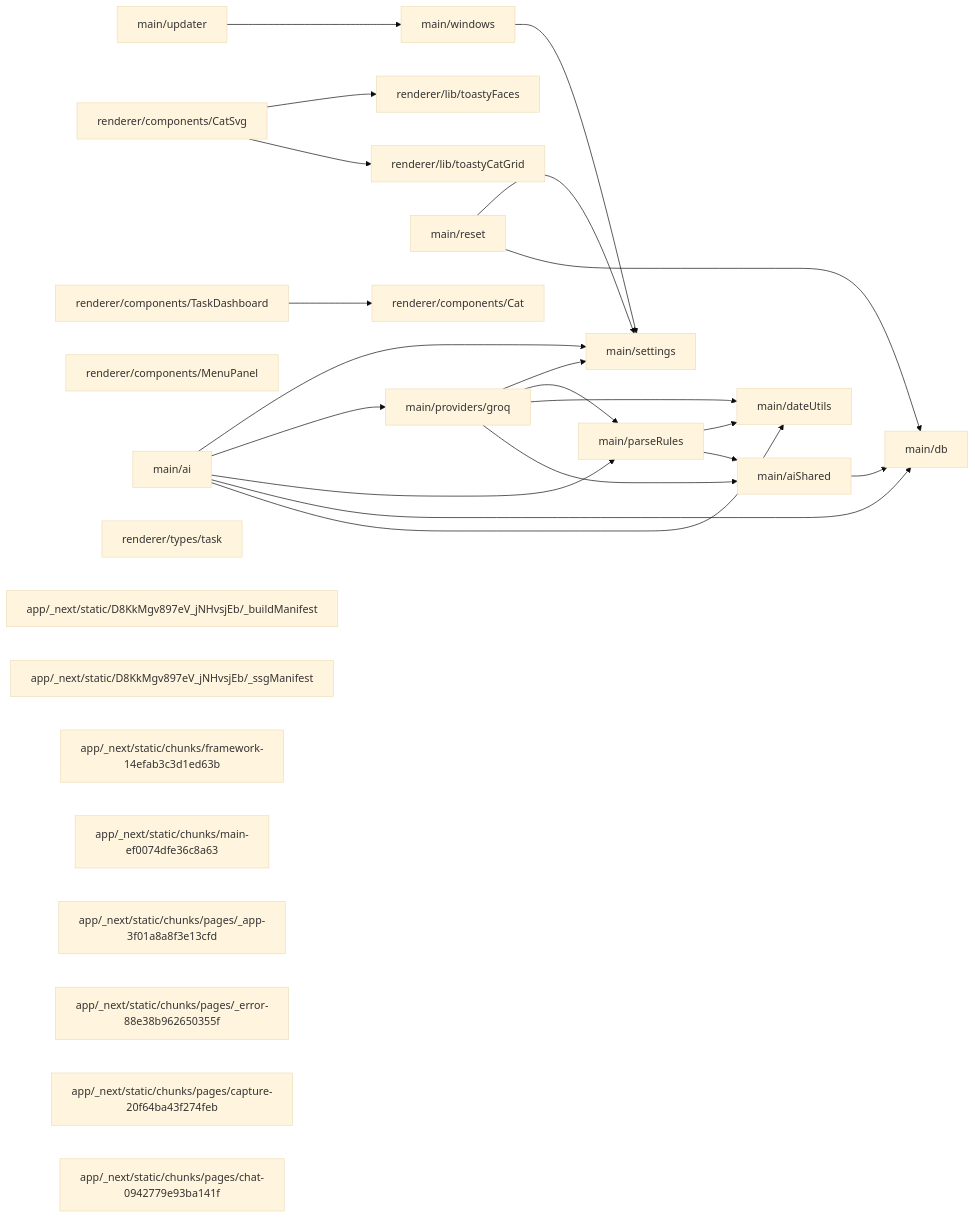
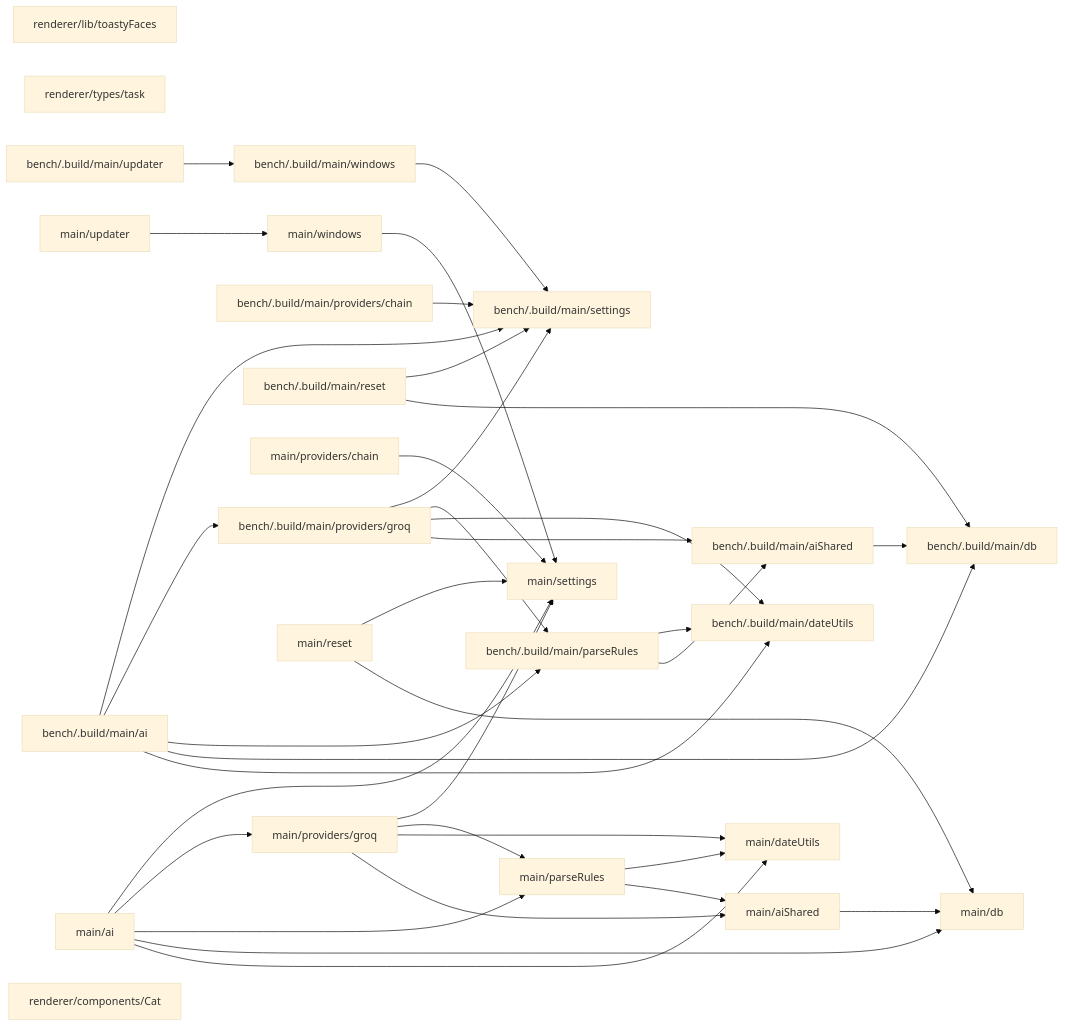
The diagram in docs/map/MAP.md (newbiemi/toasty), drawn with Mermaid (base theme) before and after one commit. The commit also changed other lines of this file and 22 other files, not shown here.

````diff
--- a/docs/map/MAP.md
+++ b/docs/map/MAP.md
@@ -16,47 +16,62 @@
 ```mermaid
 graph LR
-  n0["main/settings"]
-  n1["main/db"]
-  n2["main/dateUtils"]
-  n3["main/aiShared"]
-  n4["main/parseRules"]
-  n5["main/windows"]
-  n6["renderer/lib/toastyFaces"]
-  n7["main/ai"]
-  n8["main/providers/groq"]
-  n9["main/reset"]
-  n10["main/updater"]
-  n11["renderer/components/Cat"]
-  n12["renderer/components/CatSvg"]
-  n13["renderer/components/MenuPanel"]
-  n14["renderer/components/TaskDashboard"]
-  n15["renderer/lib/toastyCatGrid"]
-  n16["renderer/types/task"]
-  n17["app/_next/static/D8KkMgv897eV_jNHvsjEb/_buildManifest"]
-  n18["app/_next/static/D8KkMgv897eV_jNHvsjEb/_ssgManifest"]
-  n19["app/_next/static/chunks/framework-14efab3c3d1ed63b"]
-  n20["app/_next/static/chunks/main-ef0074dfe36c8a63"]
-  n21["app/_next/static/chunks/pages/_app-3f01a8a8f3e13cfd"]
-  n22["app/_next/static/chunks/pages/_error-88e38b962650355f"]
-  n23["app/_next/static/chunks/pages/capture-20f64ba43f274feb"]
-  n24["app/_next/static/chunks/pages/chat-0942779e93ba141f"]
-  n7 --> n2
-  n7 --> n1
+  n0["bench/.build/main/settings"]
+  n1["main/settings"]
+  n2["bench/.build/main/db"]
+  n3["main/db"]
+  n4["bench/.build/main/dateUtils"]
+  n5["main/dateUtils"]
+  n6["bench/.build/main/aiShared"]
+  n7["bench/.build/main/parseRules"]
+  n8["main/aiShared"]
+  n9["main/parseRules"]
+  n10["bench/.build/main/windows"]
+  n11["main/windows"]
+  n12["renderer/lib/toastyFaces"]
+  n13["renderer/types/task"]
+  n14["bench/.build/main/ai"]
+  n15["bench/.build/main/providers/chain"]
+  n16["bench/.build/main/providers/groq"]
+  n17["bench/.build/main/reset"]
+  n18["bench/.build/main/updater"]
+  n19["main/ai"]
+  n20["main/providers/chain"]
+  n21["main/providers/groq"]
+  n22["main/reset"]
+  n23["main/updater"]
+  n24["renderer/components/Cat"]
+  n14 --> n4
+  n14 --> n2
+  n14 --> n7
+  n14 --> n16
+  n14 --> n0
+  n6 --> n2
+  n7 --> n6
   n7 --> n4
-  n7 --> n8
-  n7 --> n0
-  n3 --> n1
-  n4 --> n3
-  n4 --> n2
+  n15 --> n0
+  n16 --> n6
+  n16 --> n4
+  n16 --> n7
+  n16 --> n0
+  n17 --> n2
+  n17 --> n0
+  n18 --> n10
+  n10 --> n0
+  n19 --> n5
+  n19 --> n3
+  n19 --> n9
+  n19 --> n21
+  n19 --> n1
   n8 --> n3
-  n8 --> n2
-  n8 --> n4
-  n8 --> n0
-  n9 --> n1
-  n9 --> n0
-  n10 --> n5
-  n5 --> n0
-  n12 --> n15
-  n12 --> n6
-  n14 --> n11
+  n9 --> n8
+  n9 --> n5
+  n20 --> n1
+  n21 --> n8
+  n21 --> n5
+  n21 --> n9
+  n21 --> n1
+  n22 --> n3
+  n22 --> n1
+  n23 --> n11
+  n11 --> n1
 ```
````
